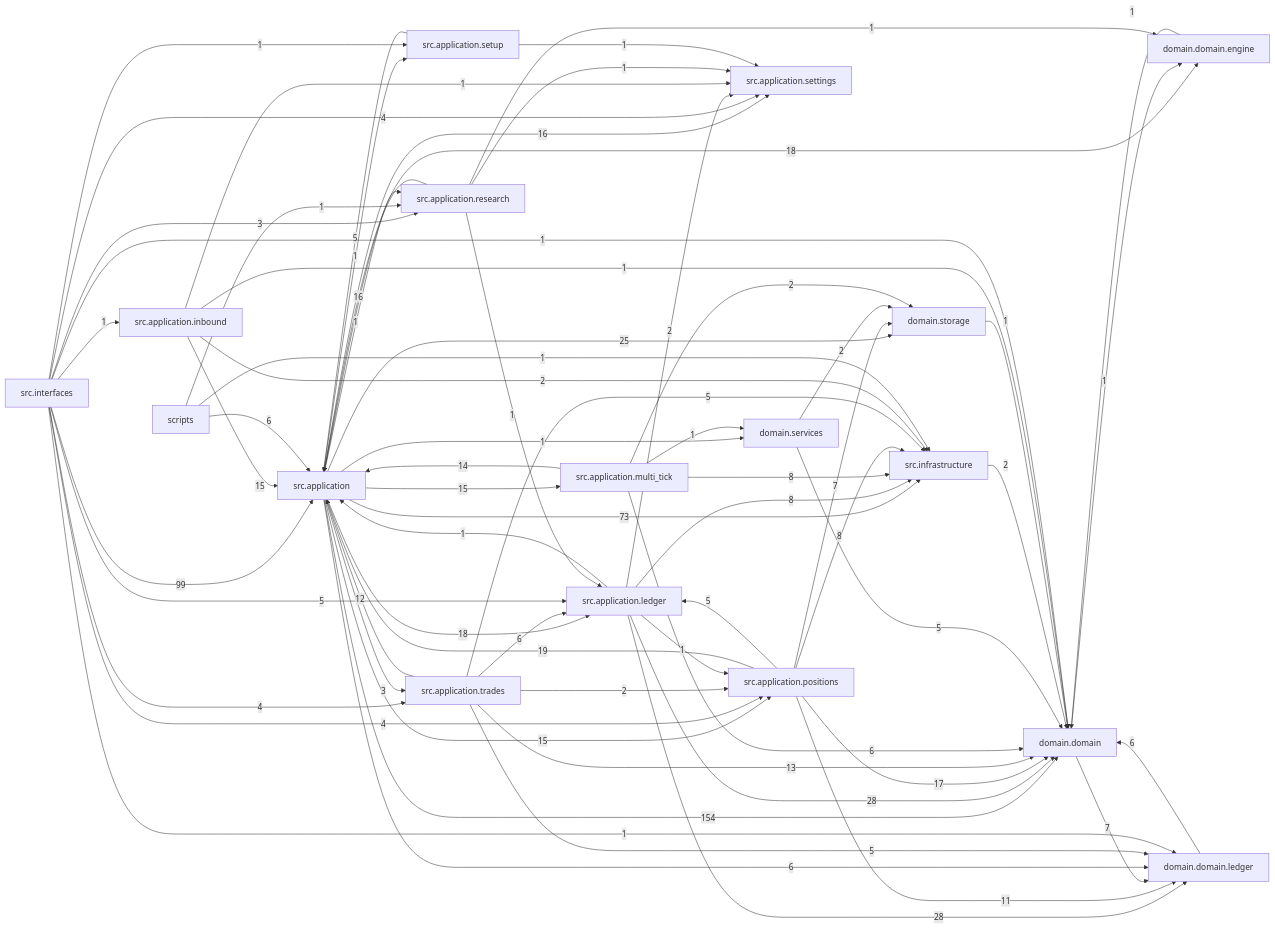
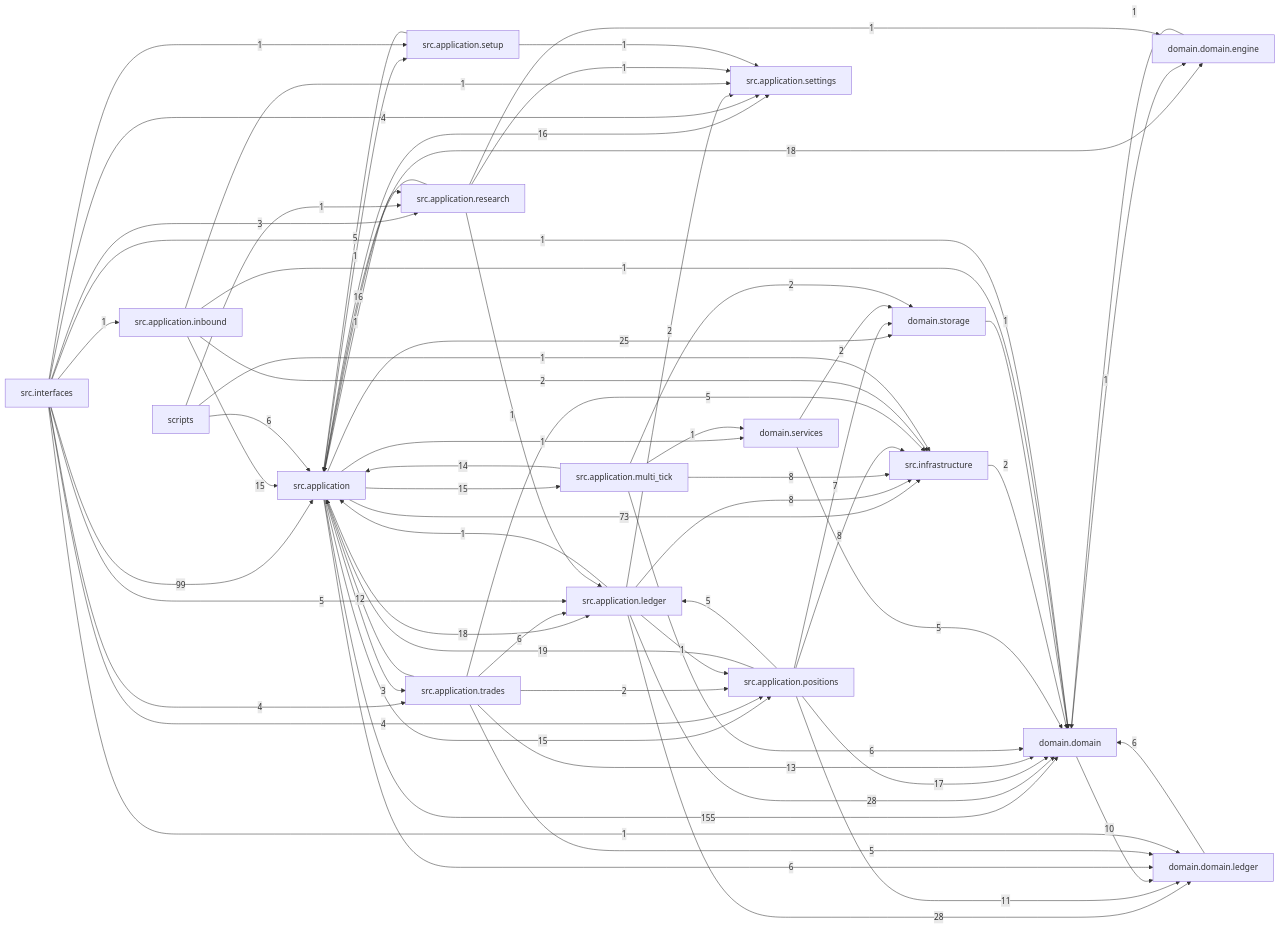
Before and after one commit to liuxie066/options-monitor: the diagram in docs/dependency_graph.mmd, drawn with Mermaid. The commit also changed 5 other files, not shown here.

```diff
--- a/docs/dependency_graph.mmd
+++ b/docs/dependency_graph.mmd
@@ -1,68 +1,68 @@
 flowchart LR
-  src_application["src.application"] -->|154| domain_domain["domain.domain"]
+  src_application["src.application"] -->|155| domain_domain["domain.domain"]
   src_interfaces["src.interfaces"] -->|99| src_application["src.application"]
   src_application["src.application"] -->|73| src_infrastructure["src.infrastructure"]
   src_application_ledger["src.application.ledger"] -->|28| domain_domain["domain.domain"]
   src_application_ledger["src.application.ledger"] -->|28| domain_domain_ledger["domain.domain.ledger"]
   src_application["src.application"] -->|25| domain_storage["domain.storage"]
   src_application_positions["src.application.positions"] -->|19| src_application["src.application"]
   src_application["src.application"] -->|18| domain_domain_engine["domain.domain.engine"]
   src_application["src.application"] -->|18| src_application_ledger["src.application.ledger"]
   src_application_positions["src.application.positions"] -->|17| domain_domain["domain.domain"]
   src_application["src.application"] -->|16| src_application_settings["src.application.settings"]
   src_application_research["src.application.research"] -->|16| src_application["src.application"]
   src_application["src.application"] -->|15| src_application_multi_tick["src.application.multi_tick"]
   src_application["src.application"] -->|15| src_application_positions["src.application.positions"]
   src_application_inbound["src.application.inbound"] -->|15| src_application["src.application"]
   src_application_multi_tick["src.application.multi_tick"] -->|14| src_application["src.application"]
   src_application_trades["src.application.trades"] -->|13| domain_domain["domain.domain"]
   src_application_trades["src.application.trades"] -->|12| src_application["src.application"]
   src_application_positions["src.application.positions"] -->|11| domain_domain_ledger["domain.domain.ledger"]
+  domain_domain["domain.domain"] -->|10| domain_domain_ledger["domain.domain.ledger"]
   src_application_ledger["src.application.ledger"] -->|8| src_infrastructure["src.infrastructure"]
   src_application_multi_tick["src.application.multi_tick"] -->|8| src_infrastructure["src.infrastructure"]
   src_application_positions["src.application.positions"] -->|8| src_infrastructure["src.infrastructure"]
-  domain_domain["domain.domain"] -->|7| domain_domain_ledger["domain.domain.ledger"]
   src_application_positions["src.application.positions"] -->|7| domain_storage["domain.storage"]
   domain_domain_ledger["domain.domain.ledger"] -->|6| domain_domain["domain.domain"]
   scripts["scripts"] -->|6| src_application["src.application"]
   src_application["src.application"] -->|6| domain_domain_ledger["domain.domain.ledger"]
   src_application_multi_tick["src.application.multi_tick"] -->|6| domain_domain["domain.domain"]
   src_application_trades["src.application.trades"] -->|6| src_application_ledger["src.application.ledger"]
   domain_services["domain.services"] -->|5| domain_domain["domain.domain"]
   src_application_positions["src.application.positions"] -->|5| src_application_ledger["src.application.ledger"]
   src_application_setup["src.application.setup"] -->|5| src_application["src.application"]
   src_application_trades["src.application.trades"] -->|5| domain_domain_ledger["domain.domain.ledger"]
   src_application_trades["src.application.trades"] -->|5| src_infrastructure["src.infrastructure"]
   src_interfaces["src.interfaces"] -->|5| src_application_ledger["src.application.ledger"]
   src_interfaces["src.interfaces"] -->|4| src_application_positions["src.application.positions"]
   src_interfaces["src.interfaces"] -->|4| src_application_settings["src.application.settings"]
   src_interfaces["src.interfaces"] -->|4| src_application_trades["src.application.trades"]
   src_application["src.application"] -->|3| src_application_trades["src.application.trades"]
   src_interfaces["src.interfaces"] -->|3| src_application_research["src.application.research"]
   domain_services["domain.services"] -->|2| domain_storage["domain.storage"]
   src_application_inbound["src.application.inbound"] -->|2| src_infrastructure["src.infrastructure"]
   src_application_ledger["src.application.ledger"] -->|2| src_application_settings["src.application.settings"]
   src_application_multi_tick["src.application.multi_tick"] -->|2| domain_storage["domain.storage"]
   src_application_trades["src.application.trades"] -->|2| src_application_positions["src.application.positions"]
   src_infrastructure["src.infrastructure"] -->|2| domain_domain["domain.domain"]
   domain_domain["domain.domain"] -->|1| domain_domain_engine["domain.domain.engine"]
   domain_domain_engine["domain.domain.engine"] -->|1| domain_domain["domain.domain"]
   domain_storage["domain.storage"] -->|1| domain_domain["domain.domain"]
   scripts["scripts"] -->|1| src_application_research["src.application.research"]
   scripts["scripts"] -->|1| src_infrastructure["src.infrastructure"]
   src_application["src.application"] -->|1| domain_services["domain.services"]
   src_application["src.application"] -->|1| src_application_research["src.application.research"]
   src_application["src.application"] -->|1| src_application_setup["src.application.setup"]
   src_application_inbound["src.application.inbound"] -->|1| domain_domain["domain.domain"]
   src_application_inbound["src.application.inbound"] -->|1| src_application_settings["src.application.settings"]
   src_application_ledger["src.application.ledger"] -->|1| src_application["src.application"]
   src_application_ledger["src.application.ledger"] -->|1| src_application_positions["src.application.positions"]
   src_application_multi_tick["src.application.multi_tick"] -->|1| domain_services["domain.services"]
   src_application_research["src.application.research"] -->|1| domain_domain_engine["domain.domain.engine"]
   src_application_research["src.application.research"] -->|1| src_application_ledger["src.application.ledger"]
   src_application_research["src.application.research"] -->|1| src_application_settings["src.application.settings"]
   src_application_setup["src.application.setup"] -->|1| src_application_settings["src.application.settings"]
   src_interfaces["src.interfaces"] -->|1| domain_domain["domain.domain"]
   src_interfaces["src.interfaces"] -->|1| domain_domain_ledger["domain.domain.ledger"]
   src_interfaces["src.interfaces"] -->|1| src_application_inbound["src.application.inbound"]
   src_interfaces["src.interfaces"] -->|1| src_application_setup["src.application.setup"]
```
